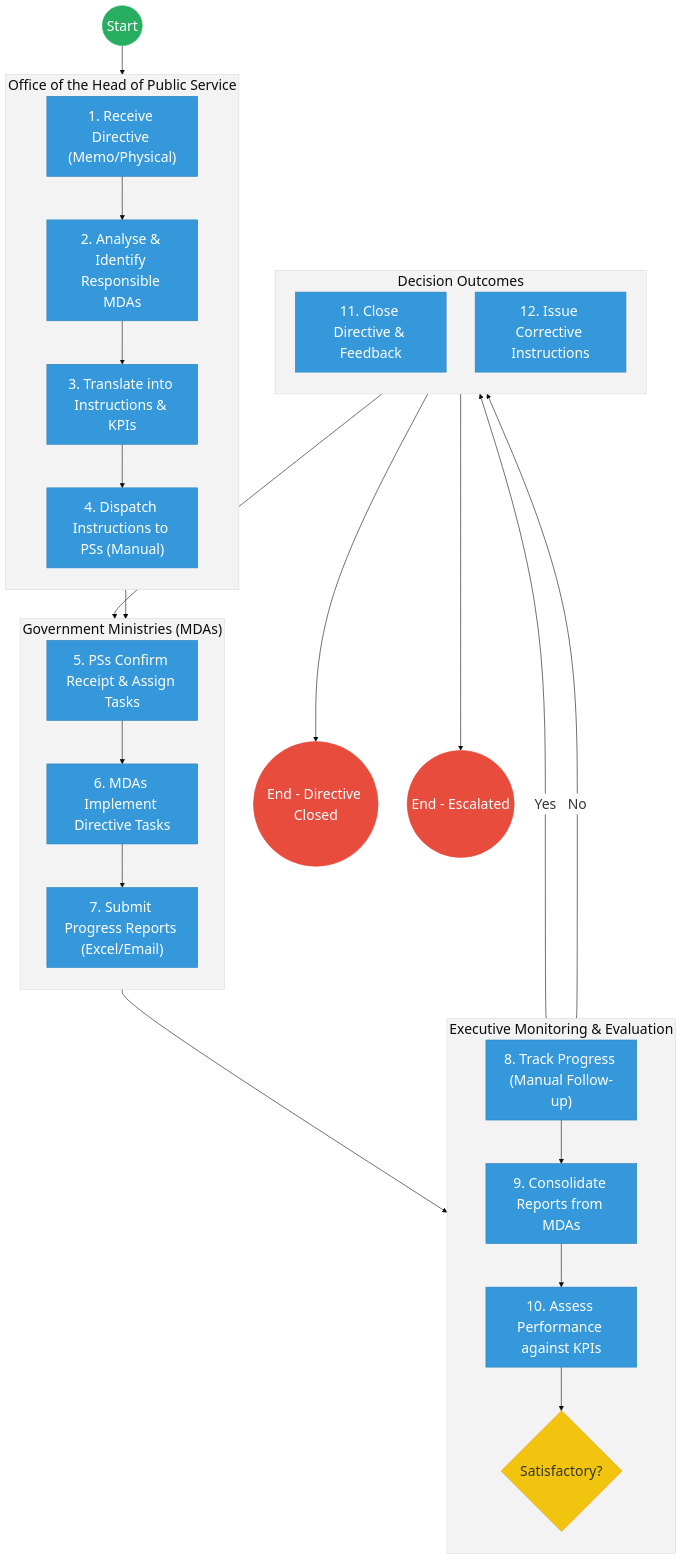
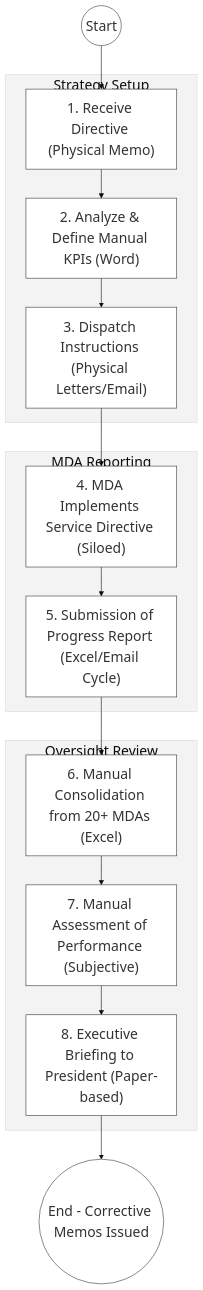
One commit to BITZ-IT-Consulting-LTD/ictapoc changed the first of 2 diagrams in mdas/docs_final/priority_mdas/OFFICE_OF_THE_CHIEF_OF_STAFF___Whole_of_Government_Oversight.md. Above: the diagram before and after it, drawn with Mermaid. The commit also changed other lines of this file and 37 other files, not shown here.

````diff
--- a/mdas/docs_final/priority_mdas/OFFICE_OF_THE_CHIEF_OF_STAFF___Whole_of_Government_Oversight.md
+++ b/mdas/docs_final/priority_mdas/OFFICE_OF_THE_CHIEF_OF_STAFF___Whole_of_Government_Oversight.md
@@ -40,70 +77,23 @@
 ```mermaid
 %%{init: { 'theme': 'base', 'themeVariables': { 'fontSize': '24px', 'fontFamily': 'Inter, system-ui, sans-serif', 'primaryColor': '#ffffff', 'edgeLabelBackground':'#ffffff', 'tertiaryColor': '#f3f3f3', 'mainBkg': '#ffffff', 'nodeBorder': '#333333' } } }%%
 flowchart TD
-    %% Events
-    Start((Start))
-    EndClose(("End - Directive Closed"))
-    EndEscalate(("End - Escalated"))
-
-    subgraph OHPS["Office of the Head of Public Service"]
-        direction TB
-        ReceiveDir["1. Receive Directive (Memo/Physical)"]
-        AnalyzeDir["2. Analyse & Identify Responsible MDAs"]
-        TranslateDir["3. Translate into Instructions & KPIs"]
-        DispatchInst["4. Dispatch Instructions to PSs (Manual)"]
+    Start((Start)) --> Directive["1. Receive Directive (Physical Memo)"]
+    
+    subgraph Analysis_Silo["Strategy Setup"]
+        Directive --> Analyze["2. Analyze & Define Manual KPIs (Word)"]
+        Analyze --> Dispatch["3. Dispatch Instructions (Physical Letters/Email)"]
     end
 
-    subgraph MDAs ["Government Ministries (MDAs)"]
-        direction TB
-        ConfirmRec["5. PSs Confirm Receipt & Assign Tasks"]
-        ImplDir["6. MDAs Implement Directive Tasks"]
-        SubProg["7. Submit Progress Reports (Excel/Email)"]
+    subgraph Collection_Layer["MDA Reporting"]
+        Dispatch --> Implement["4. MDA Implements Service Directive (Siloed)"]
+        Implement --> Report["5. Submission of Progress Report (Excel/Email Cycle)"]
     end
 
-    subgraph Monitoring ["Executive Monitoring & Evaluation"]
-        direction TB
-        TrackImpl["8. Track Progress (Manual Follow-up)"]
-        Consolidate["9. Consolidate Reports from MDAs"]
-        AssessPerf["10. Assess Performance against KPIs"]
-        EvalGateway{Satisfactory?}
+    subgraph Outcome_Silo["Oversight Review"]
+        Report --> Consolidate["6. Manual Consolidation from 20+ MDAs (Excel)"]
+        Consolidate --> Assess["7. Manual Assessment of Performance (Subjective)"]
+        Assess --> Brief["8. Executive Briefing to President (Paper-based)"]
     end
 
-    subgraph Outcomes ["Decision Outcomes"]
-        direction TB
-        CloseFeed["11. Close Directive & Feedback"]
-        IssueCorr["12. Issue Corrective Instructions"]
-    end
-
-    %% Flow connections
-    Start --> ReceiveDir
-    ReceiveDir --> AnalyzeDir
-    AnalyzeDir --> TranslateDir
-    TranslateDir --> DispatchInst
-    
-    DispatchInst --> ConfirmRec
-    ConfirmRec --> ImplDir
-    ImplDir --> SubProg
-    
-    SubProg --> TrackImpl
-    TrackImpl --> Consolidate
-    Consolidate --> AssessPerf
-    AssessPerf --> EvalGateway
-    
-    EvalGateway -- "Yes" --> CloseFeed
-    EvalGateway -- "No" --> IssueCorr
-    
-    IssueCorr --> ImplDir
-    IssueCorr --> EndEscalate
-    CloseFeed --> EndClose
-
-    %% Styling
-    classDef startEvent fill:#27ae60,stroke:#27ae60,color:#fff,font-size:24px,font-size:24px,font-size:24px;;
-    classDef endEvent fill:#e74c3c,stroke:#e74c3c,color:#fff,font-size:24px,font-size:24px,font-size:24px;;
-    classDef userTask fill:#3498db,stroke:#2980b9,color:#fff,font-size:24px,font-size:24px,font-size:24px;;
-    classDef gateway fill:#f1c40f,stroke:#f39c12,color:#333,font-size:24px,font-size:24px,font-size:24px;;
-    
-    class Start startEvent;
-    class EndClose,EndEscalate endEvent;
-    class EvalGateway gateway;
-    class ReceiveDir,AnalyzeDir,TranslateDir,DispatchInst,TrackImpl,Consolidate,AssessPerf,CloseFeed,IssueCorr,ConfirmRec,ImplDir,SubProg userTask;
+    Brief --> EndProcess(("End - Corrective Memos Issued"))
 ```
````
